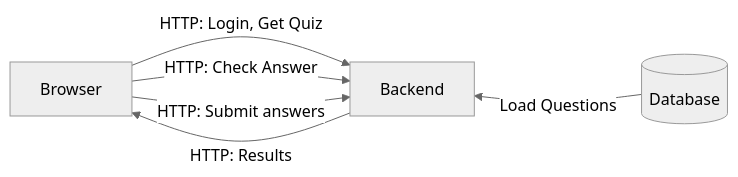
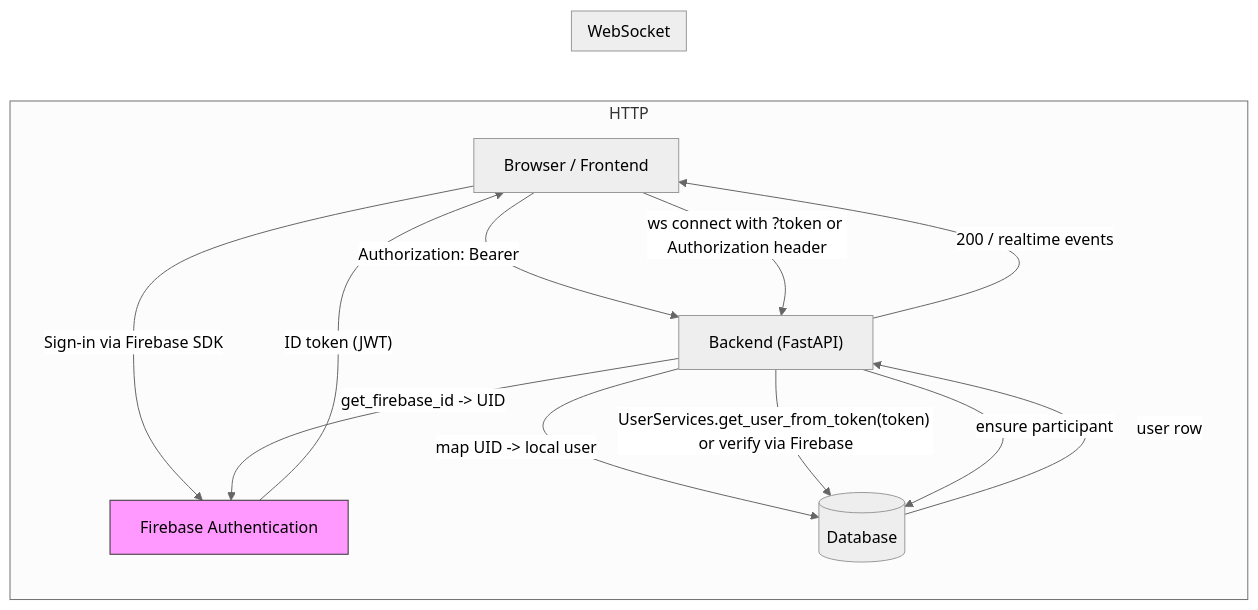
Before and after one commit to PSI-RDB-2026/QuizApp: the sixth of 8 diagrams in docs/DESIGN.md, drawn with Mermaid (neutral theme). The commit also changed other lines of this file, not shown here.

````diff
--- a/docs/DESIGN.md
+++ b/docs/DESIGN.md
@@ -111,18 +342,28 @@
 ```mermaid
 flowchart LR
-    Browser[Browser]
-    Backend[Backend]
-    DB[(Database)]
+        Browser[Browser / Frontend]
+        FirebaseAuth[Firebase Authentication]
+        Backend["Backend (FastAPI)"]
+        DB[(Database)]
 
-    Browser -->|HTTP: Login, Get Quiz| Backend
-    Browser -->|HTTP: Check Answer| Backend
-    Browser -->|HTTP: Submit answers| Backend
+        Browser -->|Sign-in via Firebase SDK| FirebaseAuth
+        FirebaseAuth -->|"ID token (JWT)"| Browser
 
-    DB -->|Load Questions| Backend
+        subgraph HTTP
+            Browser -->|Authorization: Bearer <id_token>| Backend
+            Backend -->|get_firebase_id -> UID| FirebaseAuth
+            Backend -->|map UID -> local user| DB
+            DB -->|user row| Backend
+        end
 
-    Backend ~~~ DB
+        subgraph WebSocket
+            Browser -->|ws connect with ?token or Authorization header| Backend
+            Backend -->|"UserServices.get_user_from_token(token) or verify via Firebase"| DB
+            Backend -->|ensure participant| DB
+        end
 
-    Backend -->|HTTP: Results| Browser
+        Backend -->|200 / realtime events| Browser
 
-
+        classDef external fill:#f9f,stroke:#333,stroke-width:1px;
+        class FirebaseAuth external;
 ```
````
